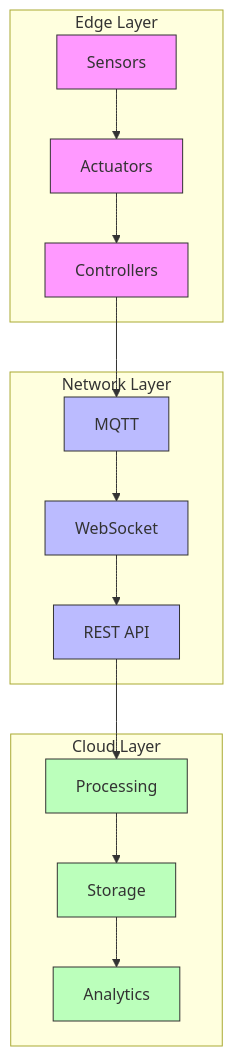
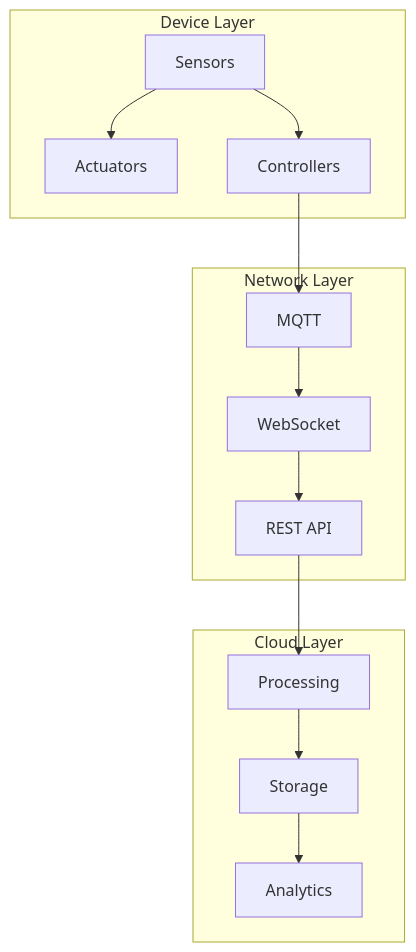
One commit to racksync/workshop-iot changed the third of 22 diagrams in docs/slides.md. Above: the diagram before and after it, drawn with Mermaid. The commit also changed other lines of this file, not shown here.

````diff
--- a/docs/slides.md
+++ b/docs/slides.md
@@ -24,30 +50,20 @@
 ```mermaid
 graph TB
-    subgraph "Edge Layer"
+    subgraph "Device Layer"
         E1[Sensors] --> E2[Actuators]
-        E2 --> E3[Controllers]
+        E1 --> E3[Controllers]
     end
     
     subgraph "Network Layer"
         N1[MQTT] --> N2[WebSocket]
         N2 --> N3[REST API]
     end
     
     subgraph "Cloud Layer"
         C1[Processing] --> C2[Storage]
         C2 --> C3[Analytics]
     end
     
     E3 --> N1
     N3 --> C1
-    
-    style E1 fill:#f9f,stroke:#333
-    style E2 fill:#f9f,stroke:#333
-    style E3 fill:#f9f,stroke:#333
-    style N1 fill:#bbf,stroke:#333
-    style N2 fill:#bbf,stroke:#333
-    style N3 fill:#bbf,stroke:#333
-    style C1 fill:#bfb,stroke:#333
-    style C2 fill:#bfb,stroke:#333
-    style C3 fill:#bfb,stroke:#333
 ```
````
